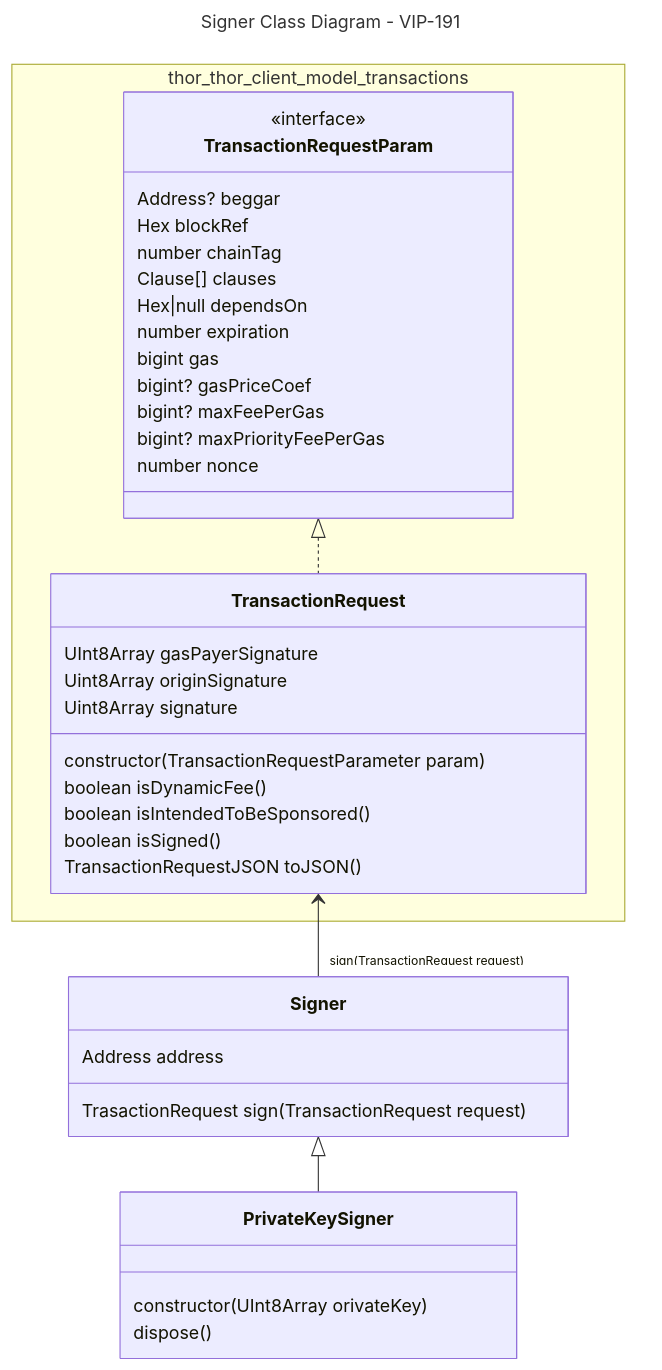
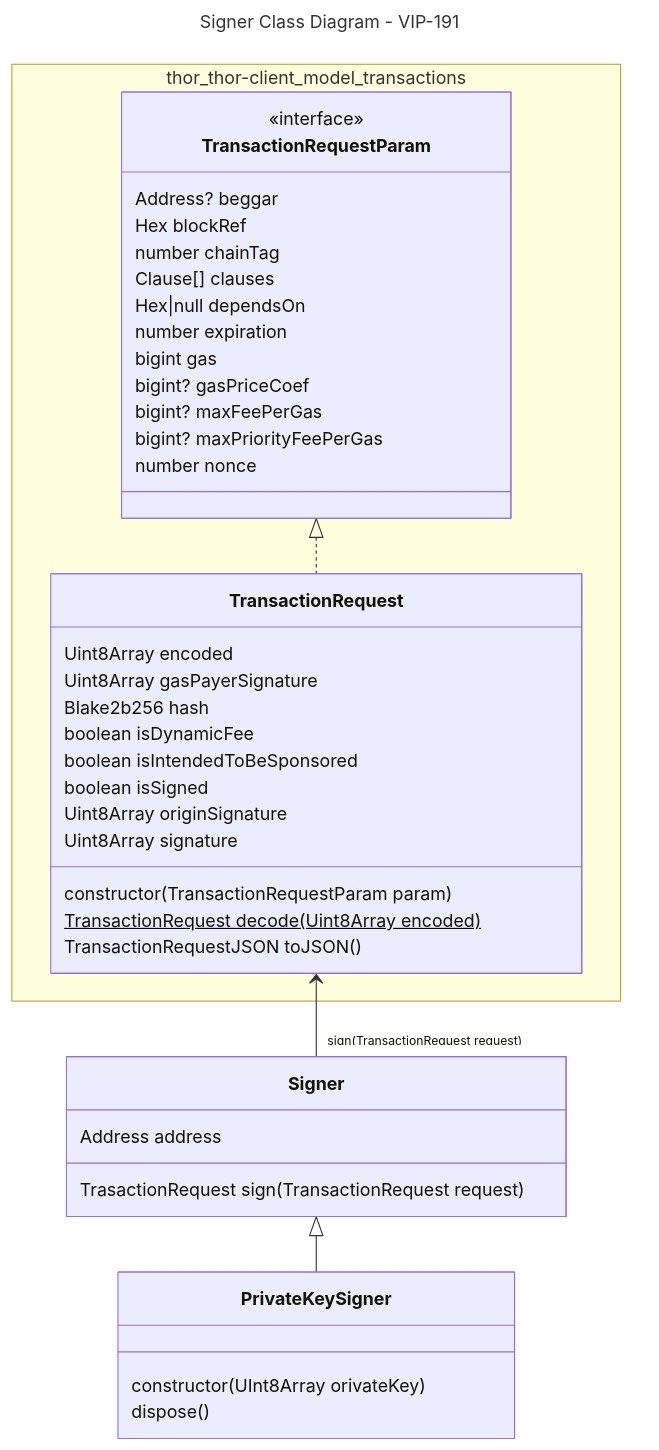
The diagram in docs/thorest/thor/signer/signer_class.mmd (vechain/vechain-sdk-js), drawn with Mermaid before and after one commit. The commit also changed 12 other files, not shown here.

Commit message:
feat: 2476 TransactinRequest encapsules TransactionRequestRPLCodec

```diff
--- a/docs/thorest/thor/signer/signer_class.mmd
+++ b/docs/thorest/thor/signer/signer_class.mmd
@@ -1,41 +1,44 @@
 ---
 title: Signer Class Diagram - VIP-191
 ---
 classDiagram
-    namespace thor_thor_client_model_transactions {
+    namespace thor_thor-client_model_transactions {
         class TransactionRequest {
-            UInt8Array gasPayerSignature
+            constructor(TransactionRequestParam param)
+            Uint8Array encoded
+            Uint8Array gasPayerSignature
+            Blake2b256 hash
+            boolean isDynamicFee
+            boolean isIntendedToBeSponsored
+            boolean isSigned
             Uint8Array originSignature
             Uint8Array signature
-            constructor(TransactionRequestParameter param)
-            boolean isDynamicFee()
-            boolean isIntendedToBeSponsored()
-            boolean isSigned()
+            TransactionRequest decode(Uint8Array encoded)$
             TransactionRequestJSON toJSON()
         }
         class TransactionRequestParam {
             <<interface>>
             Address? beggar
             Hex blockRef
             number chainTag
             Clause[] clauses
             Hex|null dependsOn
             number expiration
             bigint gas
             bigint? gasPriceCoef
             bigint? maxFeePerGas
             bigint? maxPriorityFeePerGas
             number nonce
         }
     }
     class Signer {
         Address address
         TrasactionRequest sign(TransactionRequest request)
     }
     class PrivateKeySigner {
         constructor(UInt8Array orivateKey)
         dispose()
     }
     Signer <|-- PrivateKeySigner
     TransactionRequestParam <|.. TransactionRequest
     TransactionRequest <-- "sign(TransactionRequest request)" Signer
```
